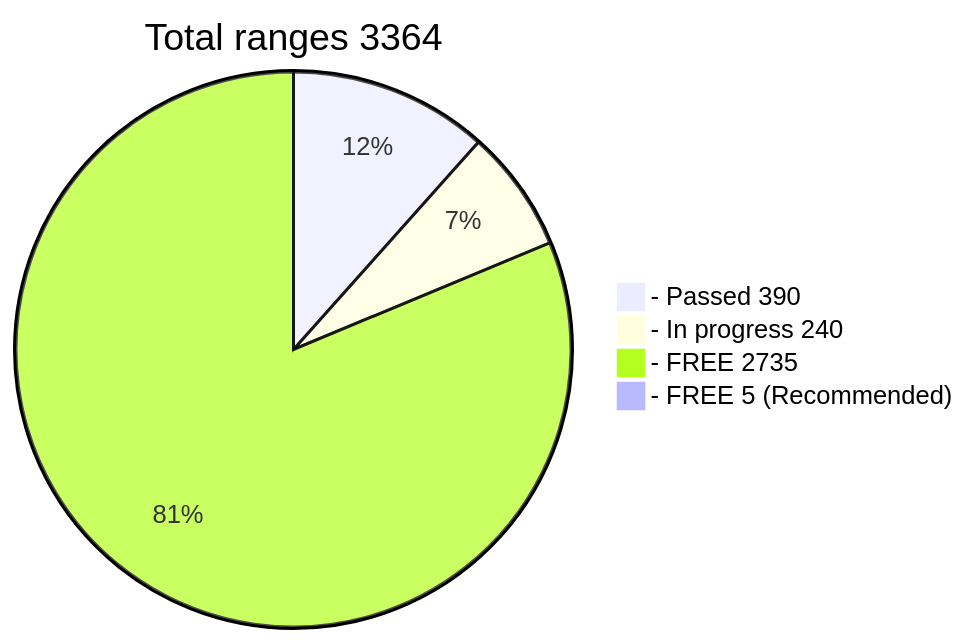
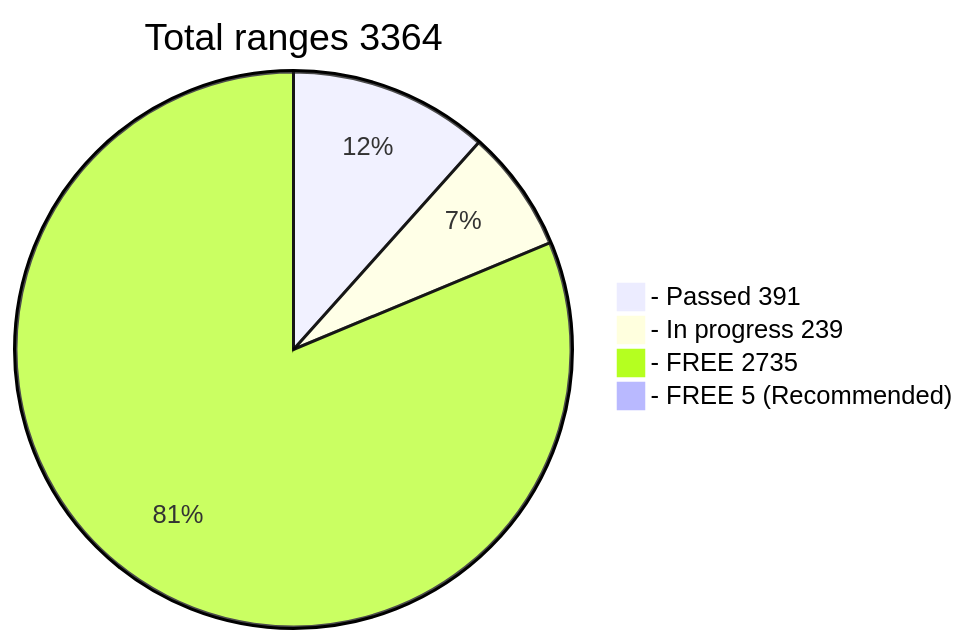
Before and after one commit to phrutis/wif500: the diagram in README.md, drawn with Mermaid.

````diff
--- a/README.md
+++ b/README.md
@@ -16,7 +16,7 @@
 ```mermaid
 pie title Total ranges 3364
-  "- Passed 390" : 390
-  "- In progress 240" : 240
+  "- Passed 391" : 391
+  "- In progress 239" : 239
   "- FREE 2735" : 2735
   "- FREE 5 (Recommended)" : 5
 ```
````
